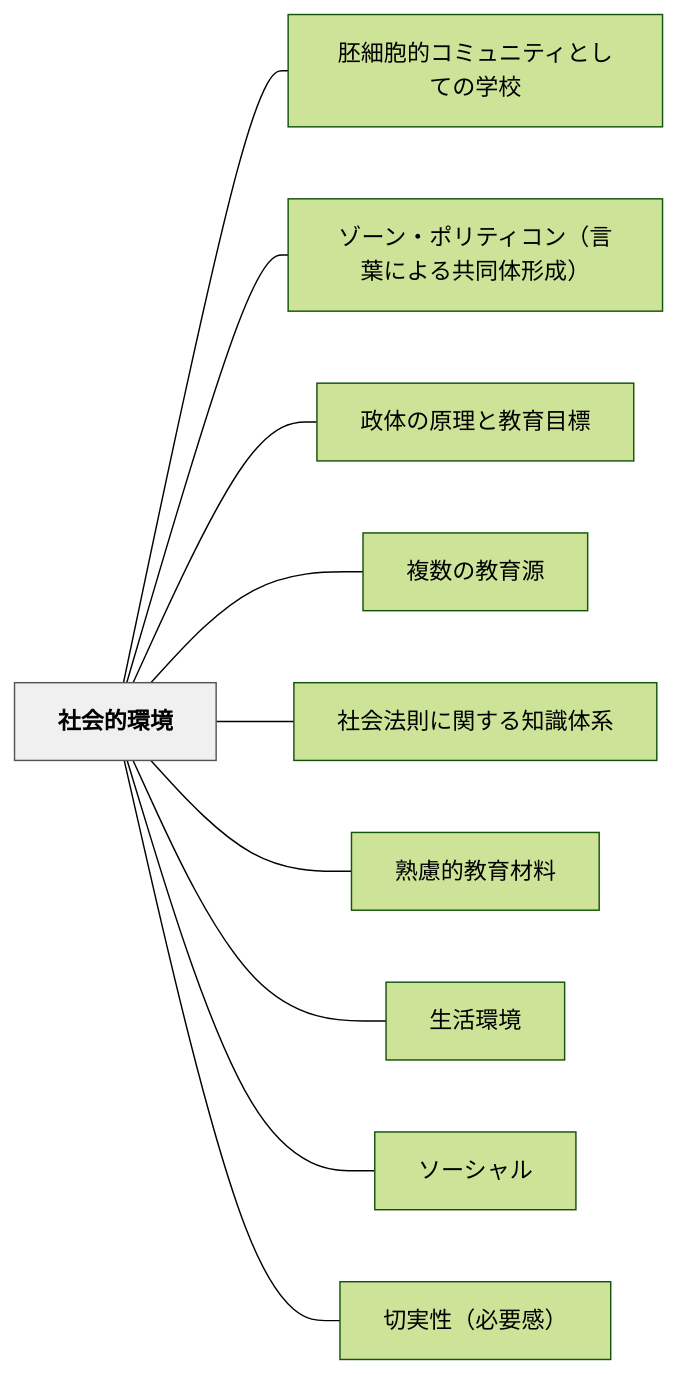
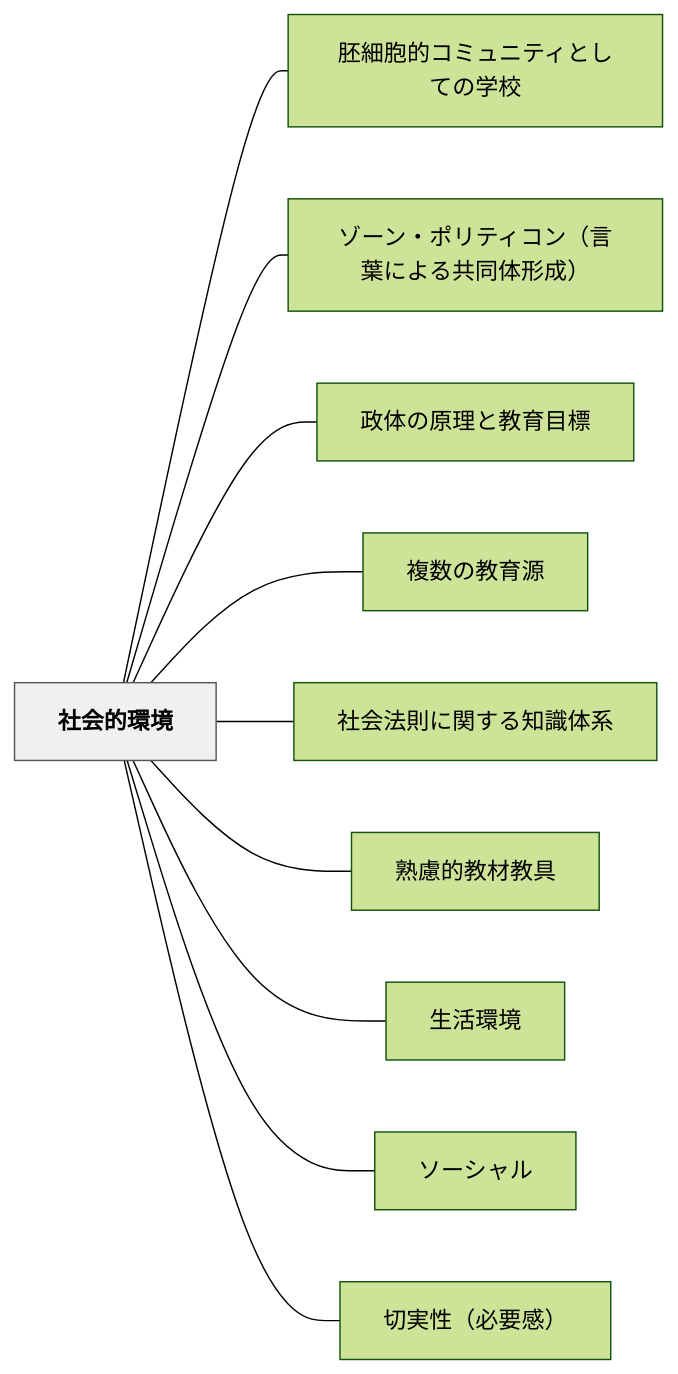
One commit to unknownthings-ed-patterns/unknownthings-ed-patterns changed the diagram in content/パタン/社会的環境.md. Above: the diagram before and after it, drawn with Mermaid (forest theme). The commit also changed other lines of this file and 72 other files, not shown here.

````diff
--- a/content/パタン/社会的環境.md
+++ b/content/パタン/社会的環境.md
@@ -65,26 +65,26 @@
 ```mermaid
 flowchart LR
     ne7a4bee4bc9ae79a84e792b0e5a283["社会的環境"]
     ne8839ae7b4b0e8839ee79a84e382b3e3839fe383a5e3838be38386e382a3e381a8e38197e381a6e381aee5ada6e6a0a1["胚細胞的コミュニティとしての学校"]
     ne382bee383bce383b3e383bbe3839de383aae38386e382a3e382b3e383b3efbc88e8a880e89189e381abe38288e3828be585b1e5908ce4bd93e5bda2e68890efbc89["ゾーン・ポリティコン（言葉による共同体形成）"]
     ne694bfe4bd93e381aee58e9fe79086e381a8e69599e882b2e79baee6a899["政体の原理と教育目標"]
     ne8a487e695b0e381aee69599e882b2e6ba90["複数の教育源"]
     ne7a4bee4bc9ae6b395e58987e381abe996a2e38199e3828be79fa5e8ad98e4bd93e7b3bb["社会法則に関する知識体系"]
-    ne7869fe685aee79a84e69599e882b2e69d90e69699["熟慮的教育材料"]
+    ne7869fe685aee79a84e69599e69d90e69599e585b7["熟慮的教材教具"]
     ne7949fe6b4bbe792b0e5a283["生活環境"]
     ne382bde383bce382b7e383a3e383ab["ソーシャル"]
     ne58887e5ae9fe680a7efbc88e5bf85e8a681e6849fefbc89["切実性（必要感）"]
 
     ne7a4bee4bc9ae79a84e792b0e5a283 --- ne8839ae7b4b0e8839ee79a84e382b3e3839fe383a5e3838be38386e382a3e381a8e38197e381a6e381aee5ada6e6a0a1
     ne7a4bee4bc9ae79a84e792b0e5a283 --- ne382bee383bce383b3e383bbe3839de383aae38386e382a3e382b3e383b3efbc88e8a880e89189e381abe38288e3828be585b1e5908ce4bd93e5bda2e68890efbc89
     ne7a4bee4bc9ae79a84e792b0e5a283 --- ne694bfe4bd93e381aee58e9fe79086e381a8e69599e882b2e79baee6a899
     ne7a4bee4bc9ae79a84e792b0e5a283 --- ne8a487e695b0e381aee69599e882b2e6ba90
     ne7a4bee4bc9ae79a84e792b0e5a283 --- ne7a4bee4bc9ae6b395e58987e381abe996a2e38199e3828be79fa5e8ad98e4bd93e7b3bb
-    ne7a4bee4bc9ae79a84e792b0e5a283 --- ne7869fe685aee79a84e69599e882b2e69d90e69699
+    ne7a4bee4bc9ae79a84e792b0e5a283 --- ne7869fe685aee79a84e69599e69d90e69599e585b7
     ne7a4bee4bc9ae79a84e792b0e5a283 --- ne7949fe6b4bbe792b0e5a283
     ne7a4bee4bc9ae79a84e792b0e5a283 --- ne382bde383bce382b7e383a3e383ab
     ne7a4bee4bc9ae79a84e792b0e5a283 --- ne58887e5ae9fe680a7efbc88e5bf85e8a681e6849fefbc89
 
     classDef hub fill:#f0f0f0,stroke:#555,color:#000,font-weight:bold
     class ne7a4bee4bc9ae79a84e792b0e5a283 hub
 ```
````
